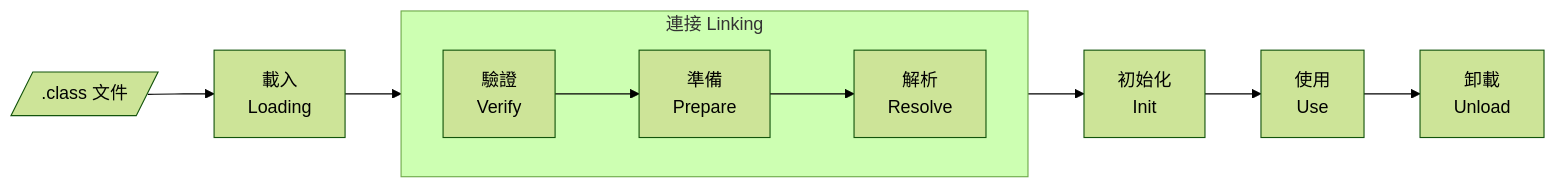
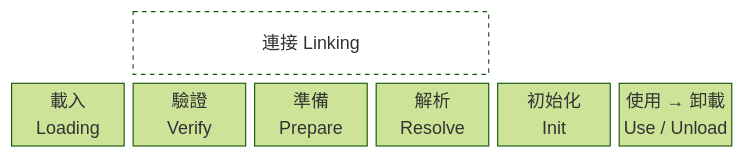
Before and after one commit to AnthonyFuFu/StudyNotes: the first of 3 diagrams in docs/java/jvm/class-loading.md, drawn with Mermaid (forest theme). The commit also changed other lines of this file and 43 other files, not shown here.

````diff
--- a/docs/java/jvm/class-loading.md
+++ b/docs/java/jvm/class-loading.md
@@ -5,10 +5,8 @@
 ``` mermaid
-flowchart LR
-    F[/".class 文件"/] --> A["載入<br>Loading"]
-    subgraph LINK ["連接 Linking"]
-        direction LR
-        B["驗證<br>Verify"] --> C["準備<br>Prepare"] --> D["解析<br>Resolve"]
-    end
-    A --> B
-    D --> E["初始化<br>Init"] --> U["使用<br>Use"] --> X["卸載<br>Unload"]
+block-beta
+    columns 6
+    space:1 lk["連接 Linking"]:3 space:2
+    load["載入<br>Loading"] verify["驗證<br>Verify"] prepare["準備<br>Prepare"] resolve["解析<br>Resolve"] init["初始化<br>Init"] use["使用 → 卸載<br>Use / Unload"]
+    classDef title fill:transparent,stroke-dasharray:4 4
+    class lk title
 ```
````
